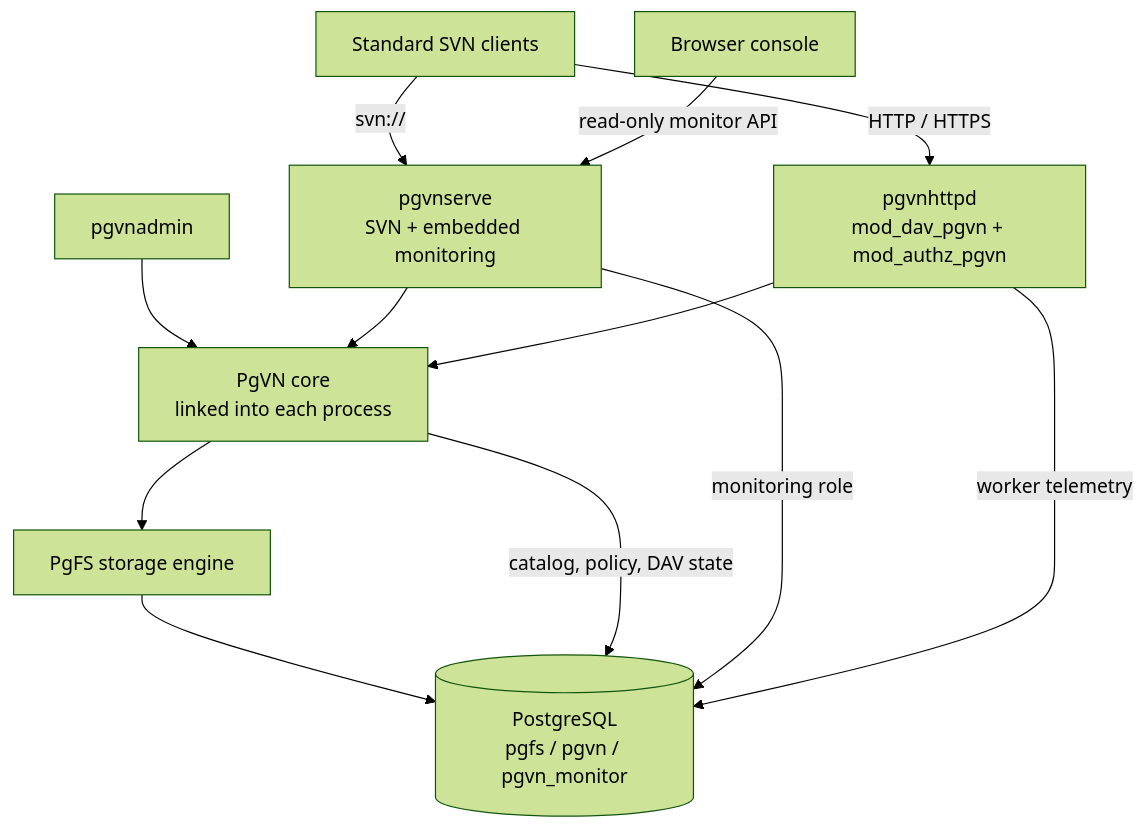
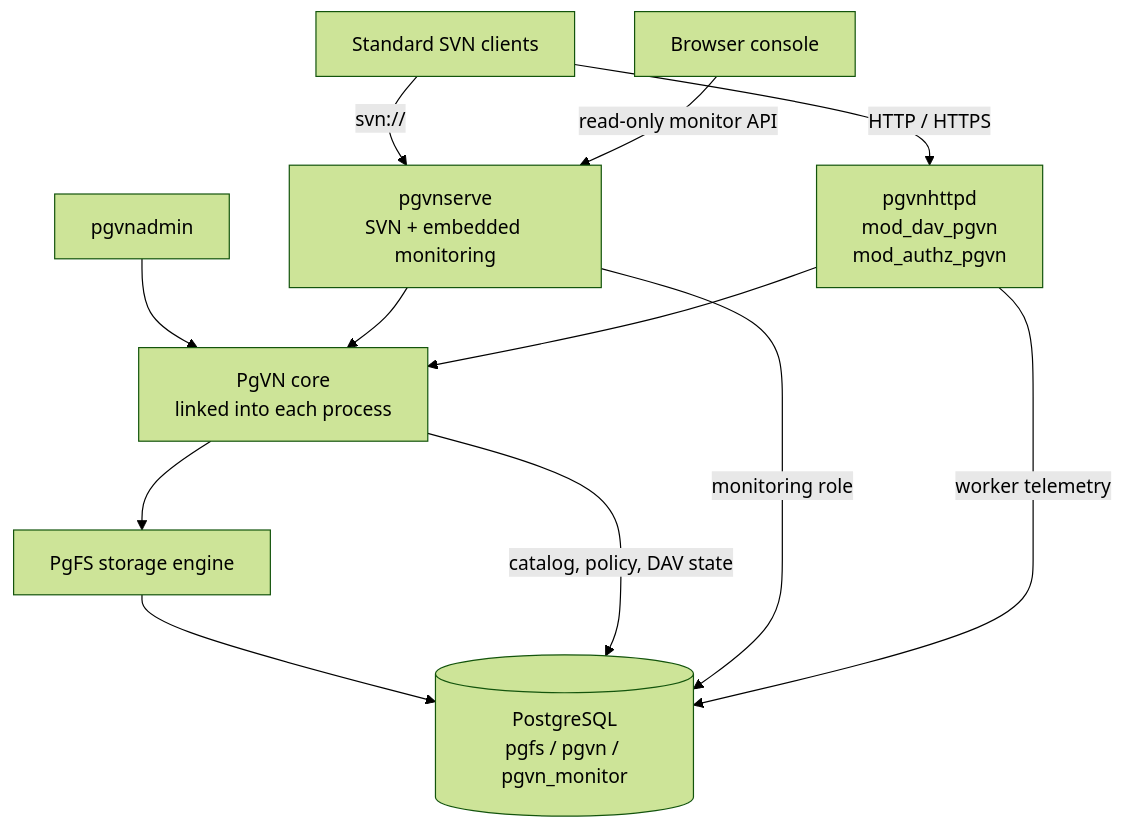
Before and after one commit to qistchan/pgvn: the diagram in README.md, drawn with Mermaid (forest theme). The commit also changed other lines of this file and 1 other file, not shown here.

````diff
--- a/README.md
+++ b/README.md
@@ -69,14 +69,14 @@
 ```mermaid
 flowchart TB
     SVN["Standard SVN clients"] -->|"svn://"| SERVE["pgvnserve<br/>SVN + embedded monitoring"]
-    SVN -->|"HTTP / HTTPS"| DAV["pgvnhttpd<br/>mod_dav_pgvn + mod_authz_pgvn"]
+    SVN -->|"HTTP / HTTPS"| DAV["pgvnhttpd<br/>mod_dav_pgvn<br/>mod_authz_pgvn"]
     ADMIN["pgvnadmin"] --> CORE
     SERVE --> CORE["PgVN core<br/>linked into each process"]
     DAV --> CORE
     CORE --> FS["PgFS storage engine"]
     FS --> PG[("PostgreSQL<br/>pgfs / pgvn / pgvn_monitor")]
     CORE -->|"catalog, policy, DAV state"| PG
     WEB["Browser console"] -->|"read-only monitor API"| SERVE
     SERVE -->|"monitoring role"| PG
     DAV -->|"worker telemetry"| PG
 ```
````
